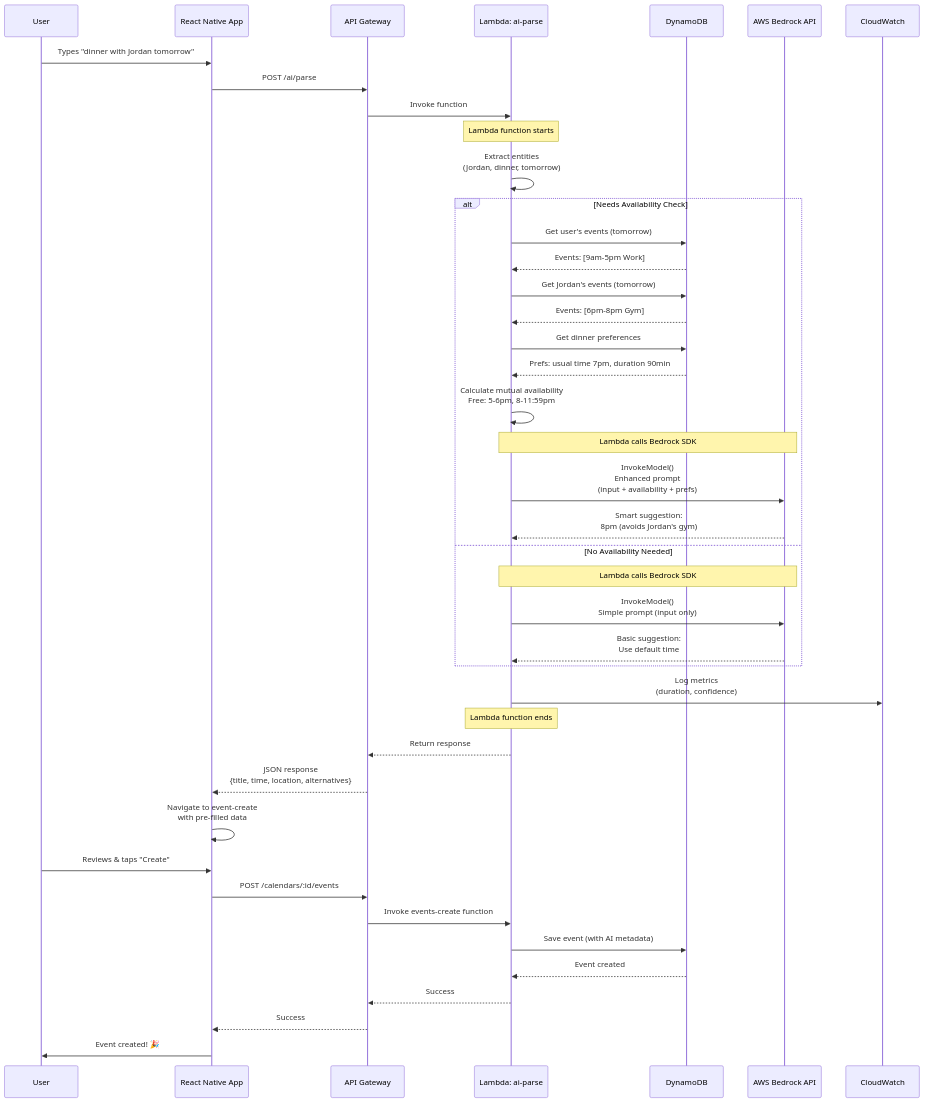
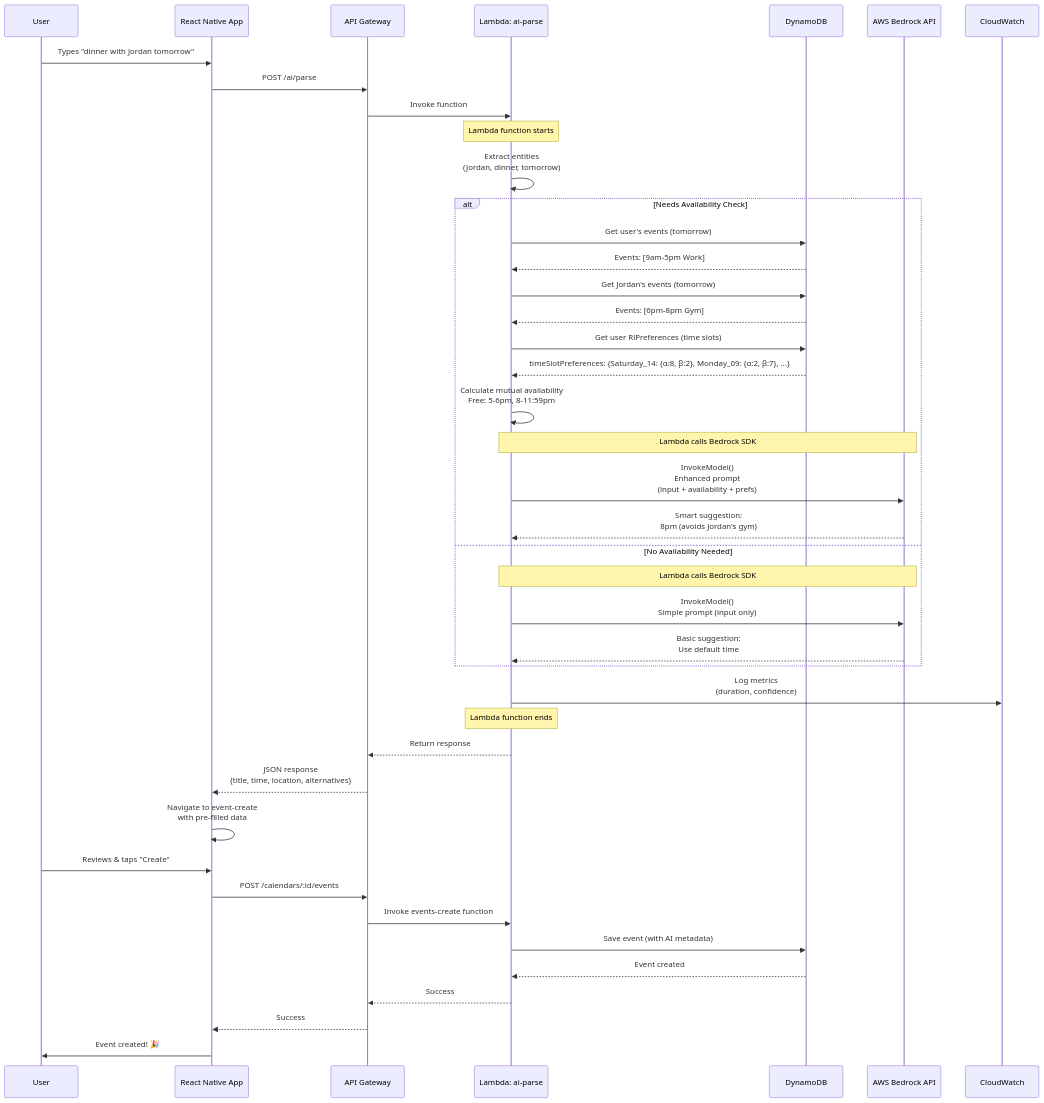
The fourth of 8 diagrams in AI_DATA_PIPELINE.md (UofT-CSC490-W2026/Peachy), drawn with Mermaid before and after one commit. The commit also changed other lines of this file and 3 other files, not shown here.

````diff
--- a/AI_DATA_PIPELINE.md
+++ b/AI_DATA_PIPELINE.md
@@ -169,49 +184,49 @@
 ```mermaid
 sequenceDiagram
     participant User
     participant Frontend as React Native App
     participant API as API Gateway
     participant Lambda as Lambda: ai-parse
     participant DB as DynamoDB
     participant Bedrock as AWS Bedrock API
     participant CloudWatch
 
     User->>Frontend: Types "dinner with Jordan tomorrow"
     Frontend->>API: POST /ai/parse
     API->>Lambda: Invoke function
 
     Note over Lambda: Lambda function starts
     Lambda->>Lambda: Extract entities<br/>(Jordan, dinner, tomorrow)
 
     alt Needs Availability Check
         Lambda->>DB: Get user's events (tomorrow)
         DB-->>Lambda: Events: [9am-5pm Work]
         Lambda->>DB: Get Jordan's events (tomorrow)
         DB-->>Lambda: Events: [6pm-8pm Gym]
-        Lambda->>DB: Get dinner preferences
-        DB-->>Lambda: Prefs: usual time 7pm, duration 90min
+        Lambda->>DB: Get user RlPreferences (time slots)
+        DB-->>Lambda: timeSlotPreferences: {Saturday_14: {α:8, β:2}, Monday_09: {α:2, β:7}, ...}
 
         Lambda->>Lambda: Calculate mutual availability<br/>Free: 5-6pm, 8-11:59pm
         Note over Lambda,Bedrock: Lambda calls Bedrock SDK
         Lambda->>Bedrock: InvokeModel()<br/>Enhanced prompt<br/>(input + availability + prefs)
         Bedrock-->>Lambda: Smart suggestion:<br/>8pm (avoids Jordan's gym)
     else No Availability Needed
         Note over Lambda,Bedrock: Lambda calls Bedrock SDK
         Lambda->>Bedrock: InvokeModel()<br/>Simple prompt (input only)
         Bedrock-->>Lambda: Basic suggestion:<br/>Use default time
     end
 
     Lambda->>CloudWatch: Log metrics<br/>(duration, confidence)
     Note over Lambda: Lambda function ends
     Lambda-->>API: Return response
     API-->>Frontend: JSON response<br/>{title, time, location, alternatives}
     Frontend->>Frontend: Navigate to event-create<br/>with pre-filled data
     User->>Frontend: Reviews & taps "Create"
     Frontend->>API: POST /calendars/:id/events
     API->>Lambda: Invoke events-create function
     Lambda->>DB: Save event (with AI metadata)
     DB-->>Lambda: Event created
     Lambda-->>API: Success
     API-->>Frontend: Success
     Frontend->>User: Event created! 🎉
 ```
````
